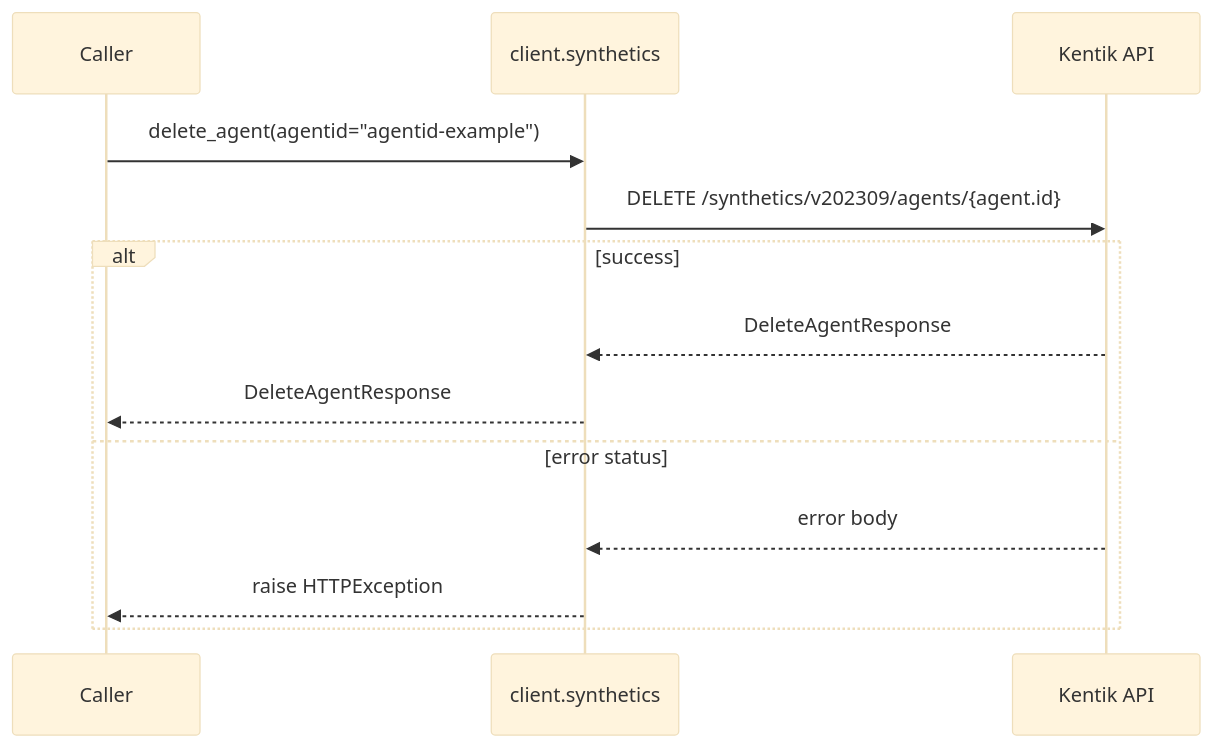
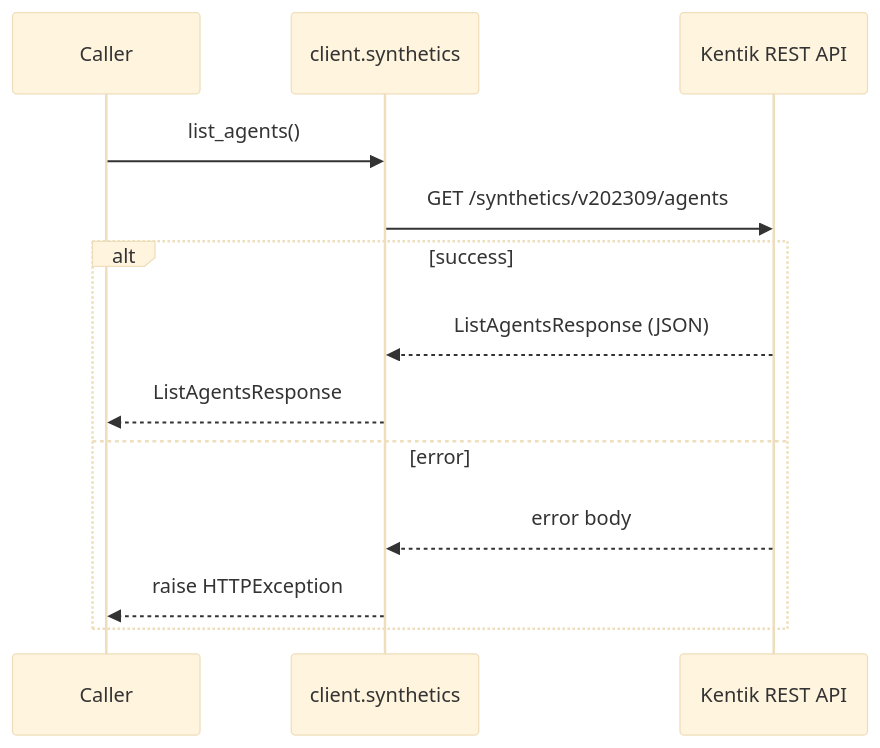
One commit to alexdearaujo/community_sdk_python changed diagram 12 of 38 in docs/sphinx/services/synthetics.md. Above: the diagram before and after it, drawn with Mermaid (base theme). The commit also changed other lines of this file and 61 other files, not shown here.

````diff
--- a/docs/sphinx/services/synthetics.md
+++ b/docs/sphinx/services/synthetics.md
@@ -429,16 +412,16 @@
 ```mermaid
 sequenceDiagram
     participant C as Caller
     participant W as client.synthetics
-    participant API as Kentik API
+    participant API as Kentik REST API
 
-    C->>W: delete_agent(agentid="agentid-example")
-    W->>API: DELETE /synthetics/v202309/agents/{agent.id}
+    C->>W: list_agents()
+    W->>API: GET /synthetics/v202309/agents
     alt success
-        API-->>W: DeleteAgentResponse
-        W-->>C: DeleteAgentResponse
-    else error status
+        API-->>W: ListAgentsResponse (JSON)
+        W-->>C: ListAgentsResponse
+    else error
         API-->>W: error body
         W-->>C: raise HTTPException
     end
 ```
````
